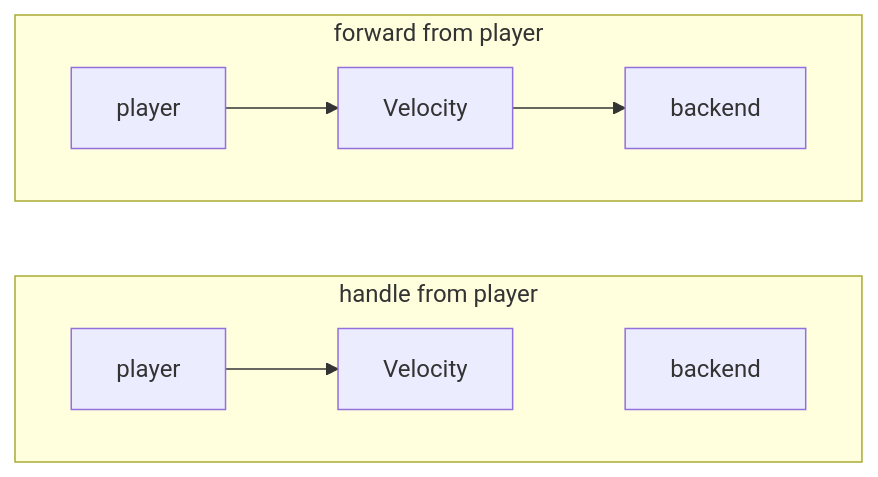
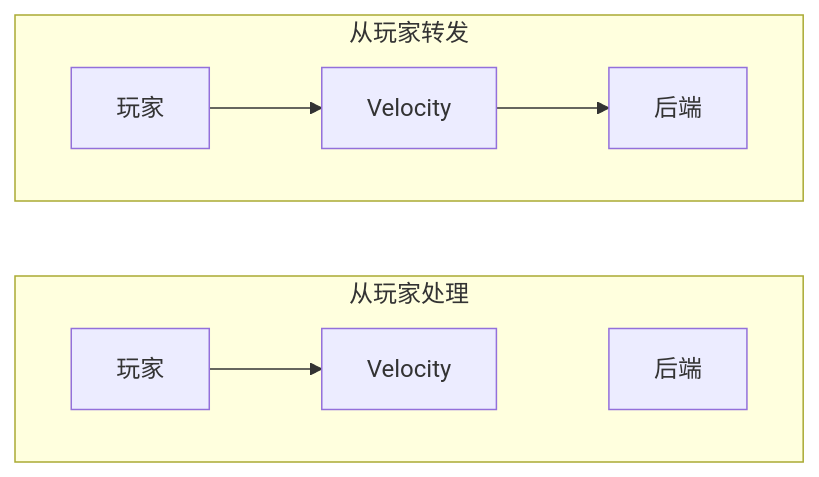
The second of 5 diagrams in docs-cn/velocity/dev/api/plugin-messaging.mdx (WhitePhosphor/PaperMC-Docs-CN), drawn with Mermaid before and after one commit. The commit also changed other lines of this file and 133 other files, not shown here.

````diff
--- a/docs-cn/velocity/dev/api/plugin-messaging.mdx
+++ b/docs-cn/velocity/dev/api/plugin-messaging.mdx
@@ -43,11 +42,11 @@
 ```mermaid
 flowchart LR
-  subgraph handle from player
+  subgraph 从玩家处理
     direction LR
-    a[player] --> b[Velocity] ~~~ c[backend]
+    a[玩家] --> b[Velocity] ~~~ c[后端]
   end
-  subgraph forward from player
+  subgraph 从玩家转发
     direction LR
-    d[player] --> e[Velocity] --> f[backend]
+    d[玩家] --> e[Velocity] --> f[后端]
   end
 ```
````
